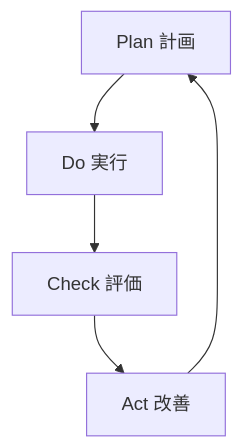
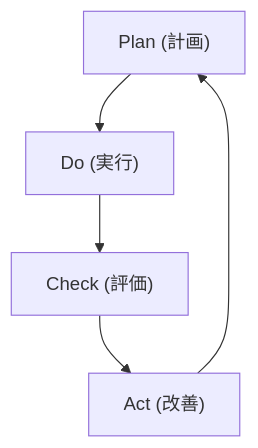
One commit to btajp/isms-guide changed the diagram in docs/glossary/index.md. Above: the diagram before and after it, drawn with Mermaid. The commit also changed other lines of this file, not shown here.

Commit message:
fix: Mermaidダイアグラムのシンタックスエラーを修正
- PDCAダイアグラムのノードラベルをダブルクォートで囲んで日本語文字の
  パースエラーを解消
- 用語集ページのfrontmatterにprev/nextをfalseに設定

````diff
--- a/docs/glossary/index.md
+++ b/docs/glossary/index.md
@@ -105,7 +110,7 @@
 ```mermaid
 graph TD
-    P[Plan 計画] --> D[Do 実行]
-    D --> C[Check 評価]
-    C --> A[Act 改善]
+    P["Plan (計画)"] --> D["Do (実行)"]
+    D --> C["Check (評価)"]
+    C --> A["Act (改善)"]
     A --> P
 ```
````
